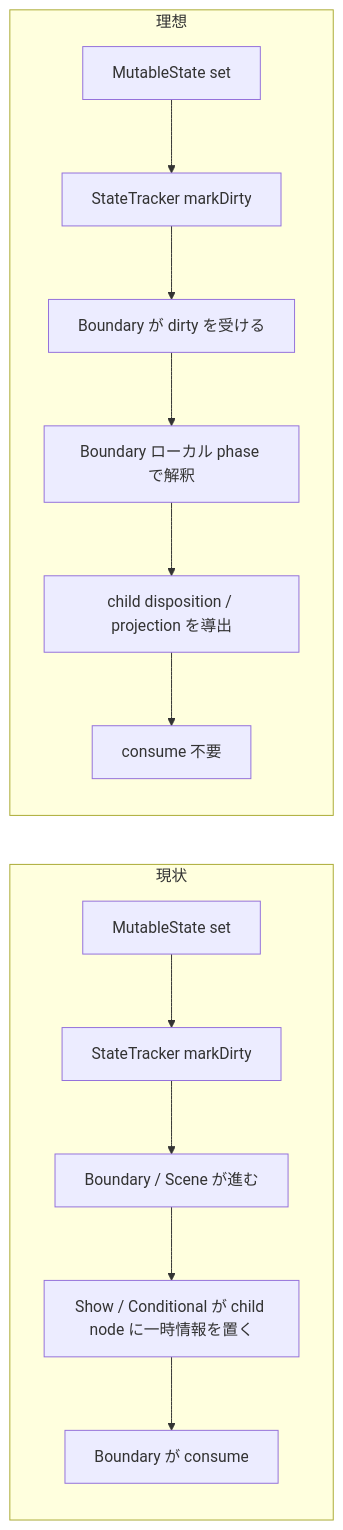
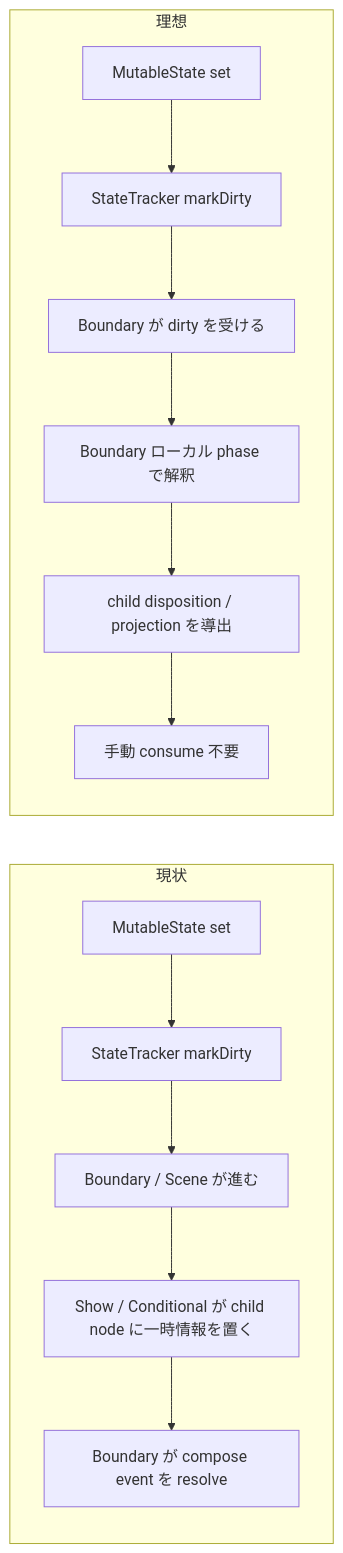
The eighth of 17 diagrams in docs/current_issues_diagram.md (cubenoy22/Loka), drawn with Mermaid before and after one commit. The commit also changed other lines of this file and 2 other files, not shown here.

````diff
--- a/docs/current_issues_diagram.md
+++ b/docs/current_issues_diagram.md
@@ -153,17 +153,17 @@
 ```mermaid
 flowchart LR
     subgraph 現状
         C1[MutableState set] --> C2[StateTracker markDirty]
         C2 --> C3[Boundary / Scene が進む]
         C3 --> C4[Show / Conditional が child node に一時情報を置く]
-        C4 --> C5[Boundary が consume]
+        C4 --> C5[Boundary が compose event を resolve]
     end
 
     subgraph 理想
         T1[MutableState set] --> T2[StateTracker markDirty]
         T2 --> T3[Boundary が dirty を受ける]
         T3 --> T4[Boundary ローカル phase で解釈]
         T4 --> T5[child disposition / projection を導出]
-        T5 --> T6[consume 不要]
+        T5 --> T6[手動 consume 不要]
     end
 ```
````
